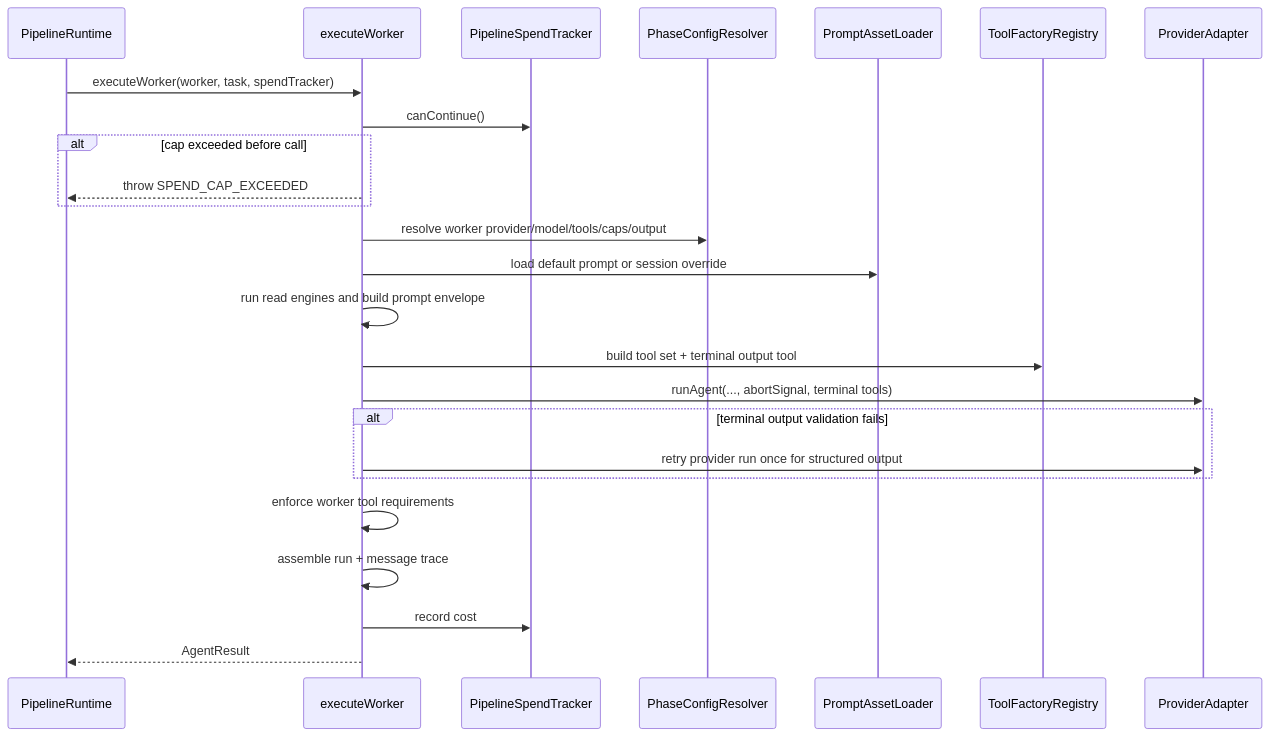
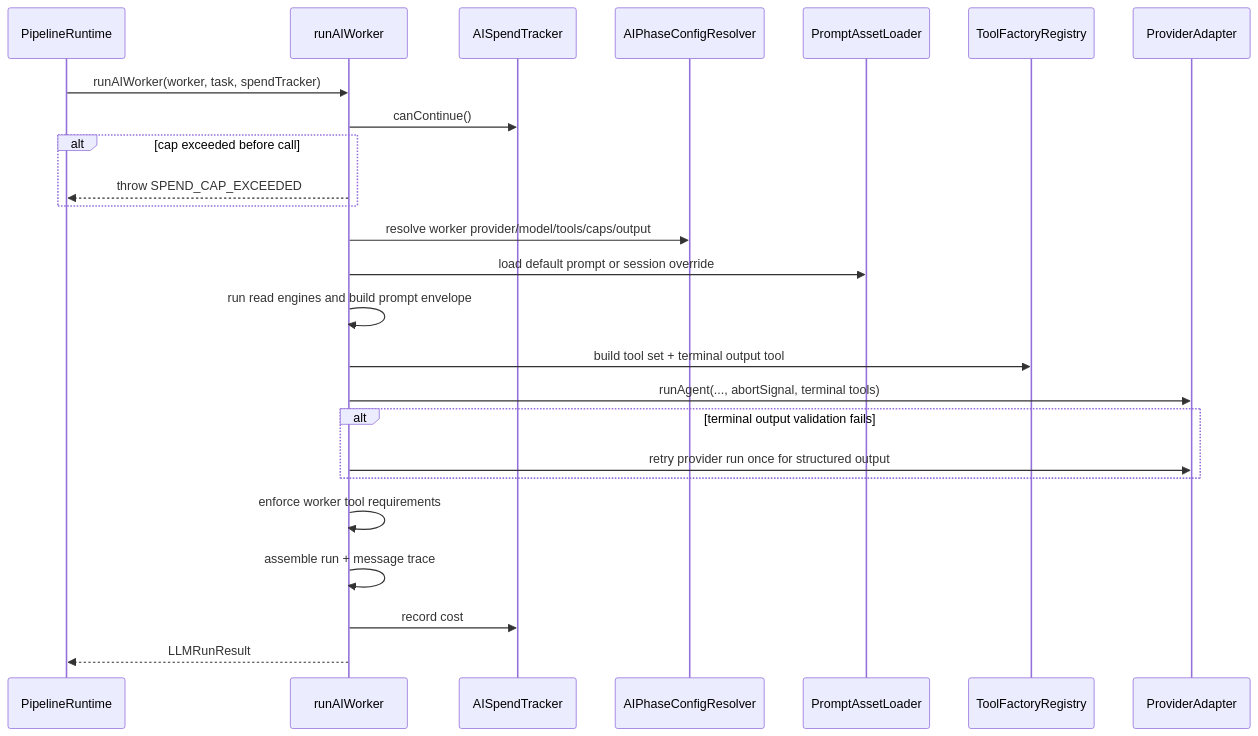
Before and after one commit to KennethAtchon/Exva: diagram 11 of 16 in docs/architecture/ai-runtime.md, drawn with Mermaid. The commit also changed other lines of this file and 206 other files, not shown here.

````diff
--- a/docs/architecture/ai-runtime.md
+++ b/docs/architecture/ai-runtime.md
@@ -471,28 +471,28 @@
 ```mermaid
 sequenceDiagram
     participant PR as PipelineRuntime
-    participant WE as executeWorker
-    participant PST as PipelineSpendTracker
-    participant PCR as PhaseConfigResolver
+    participant WE as runAIWorker
+    participant PST as AISpendTracker
+    participant PCR as AIPhaseConfigResolver
     participant PAL as PromptAssetLoader
     participant Tools as ToolFactoryRegistry
     participant Provider as ProviderAdapter
 
-    PR->>WE: executeWorker(worker, task, spendTracker)
+    PR->>WE: runAIWorker(worker, task, spendTracker)
     WE->>PST: canContinue()
     alt cap exceeded before call
         WE-->>PR: throw SPEND_CAP_EXCEEDED
     end
     WE->>PCR: resolve worker provider/model/tools/caps/output
     WE->>PAL: load default prompt or session override
     WE->>WE: run read engines and build prompt envelope
     WE->>Tools: build tool set + terminal output tool
     WE->>Provider: runAgent(..., abortSignal, terminal tools)
     alt terminal output validation fails
         WE->>Provider: retry provider run once for structured output
     end
     WE->>WE: enforce worker tool requirements
     WE->>WE: assemble run + message trace
     WE->>PST: record cost
-    WE-->>PR: AgentResult
+    WE-->>PR: LLMRunResult
 ```
````
